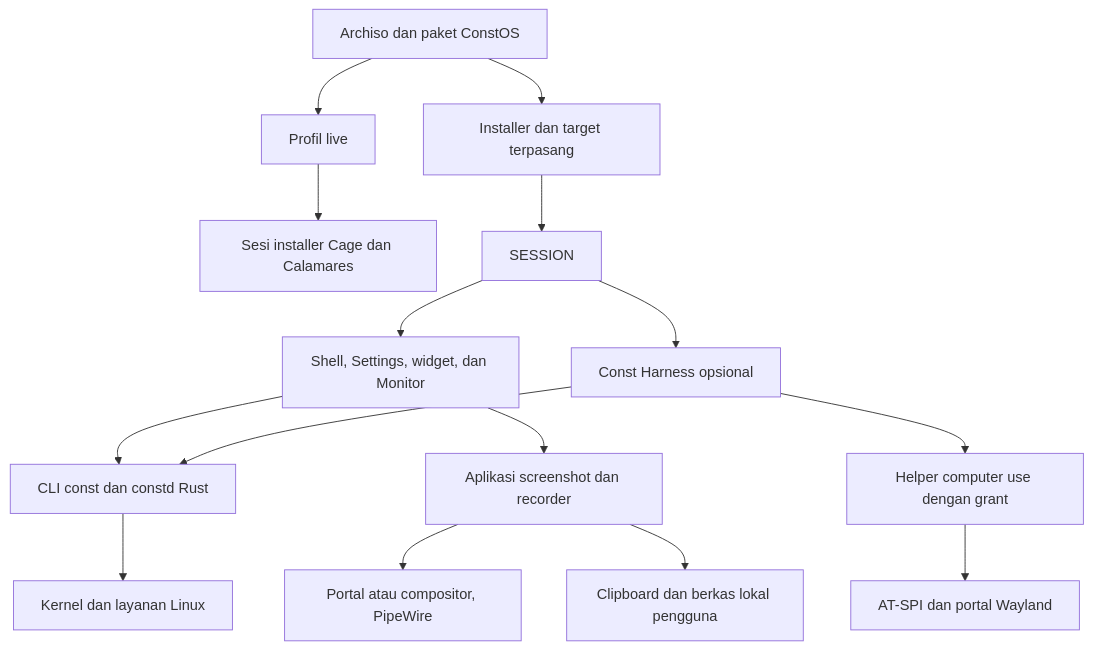
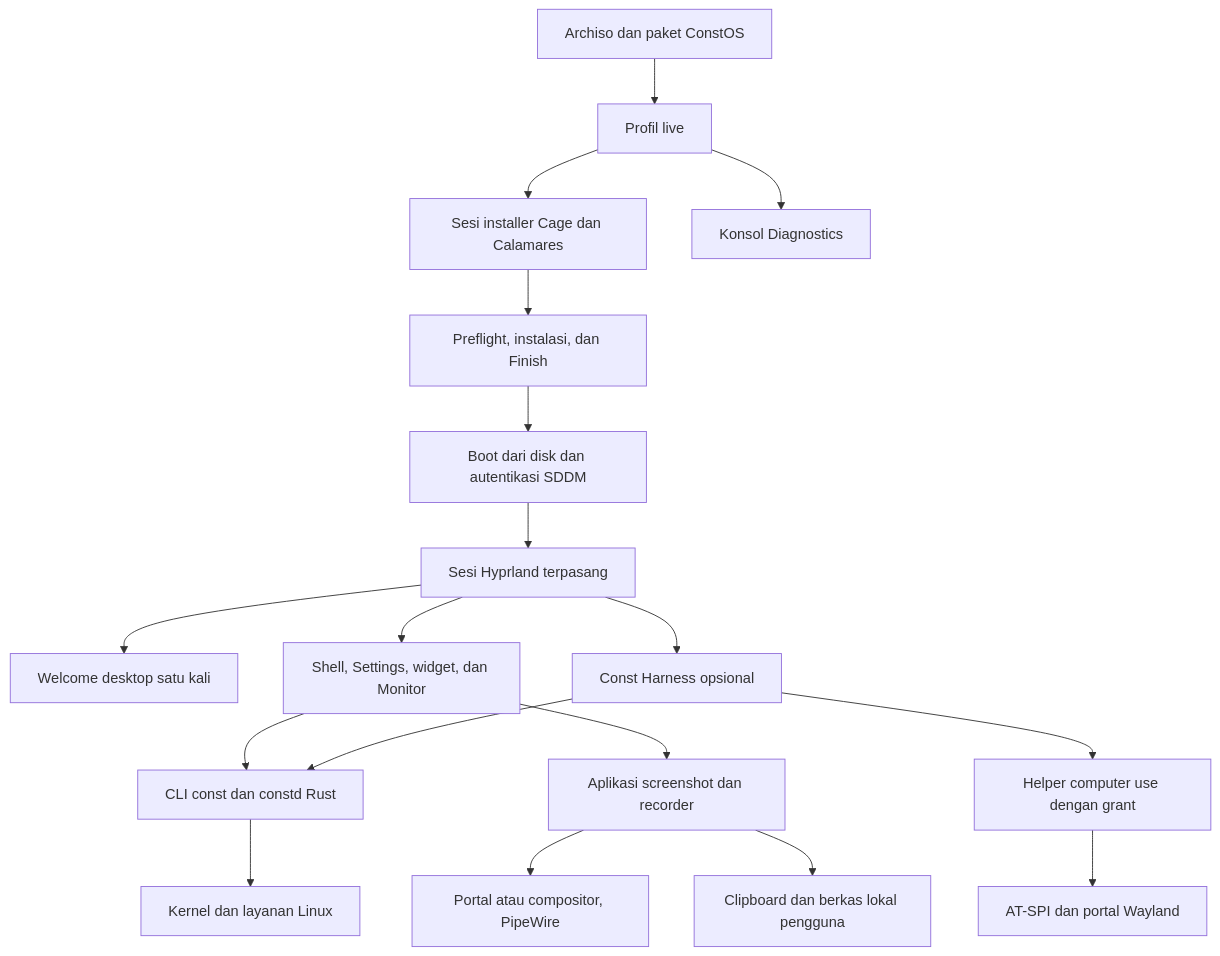
Before and after one commit to alifconstantine/const-tsukuyomi: the diagram in docs/architecture.md, drawn with Mermaid. The commit also changed other lines of this file and 30 other files, not shown here.

Commit message:
fix: complete the ConstOS installer handoff to disk boot

````diff
--- a/docs/architecture.md
+++ b/docs/architecture.md
@@ -23,17 +23,20 @@
 ```mermaid
 flowchart TD
     BUILD["Archiso dan paket ConstOS"] --> LIVE["Profil live"]
-    BUILD --> INSTALL["Installer dan target terpasang"]
     LIVE --> KIOSK["Sesi installer Cage dan Calamares"]
-    INSTALL --> SESSION
+    LIVE --> DIAG["Konsol Diagnostics"]
+    KIOSK --> INSTALL["Preflight, instalasi, dan Finish"]
+    INSTALL --> LOGIN["Boot dari disk dan autentikasi SDDM"]
+    LOGIN --> SESSION["Sesi Hyprland terpasang"]
+    SESSION --> WELCOME["Welcome desktop satu kali"]
     SESSION --> SHELL["Shell, Settings, widget, dan Monitor"]
     SHELL --> CORE["CLI const dan constd Rust"]
     CORE --> SYSTEM["Kernel dan layanan Linux"]
     SHELL --> CAPTURE["Aplikasi screenshot dan recorder"]
     CAPTURE --> SOURCES["Portal atau compositor, PipeWire"]
     CAPTURE --> FILES["Clipboard dan berkas lokal pengguna"]
     SESSION --> HARNESS["Const Harness opsional"]
     HARNESS --> CORE
     HARNESS --> HELPER["Helper computer use dengan grant"]
     HELPER --> OBSERVE["AT-SPI dan portal Wayland"]
 ```
````
